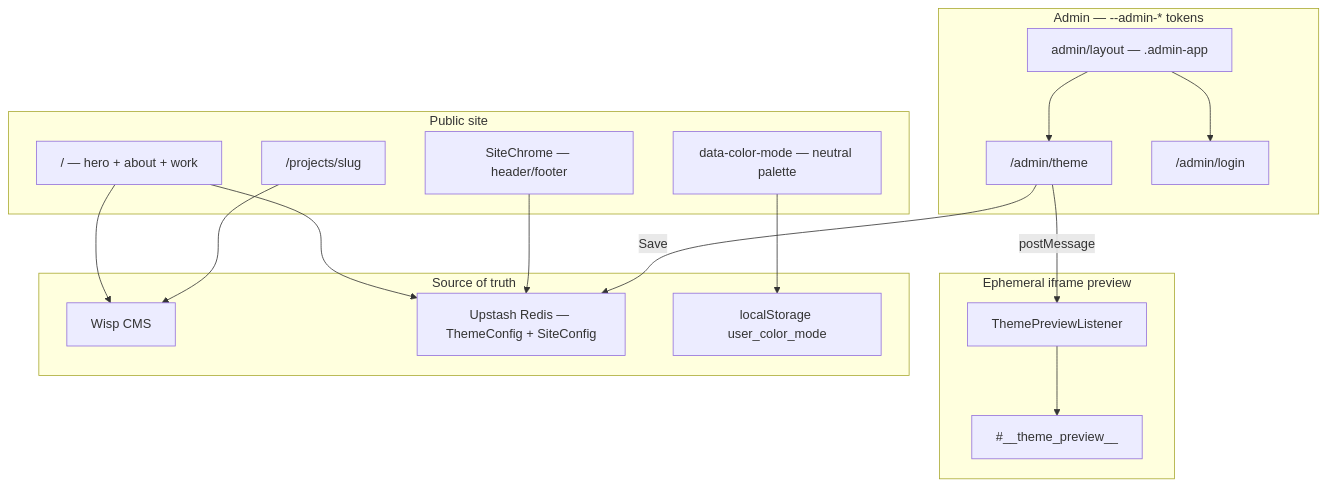
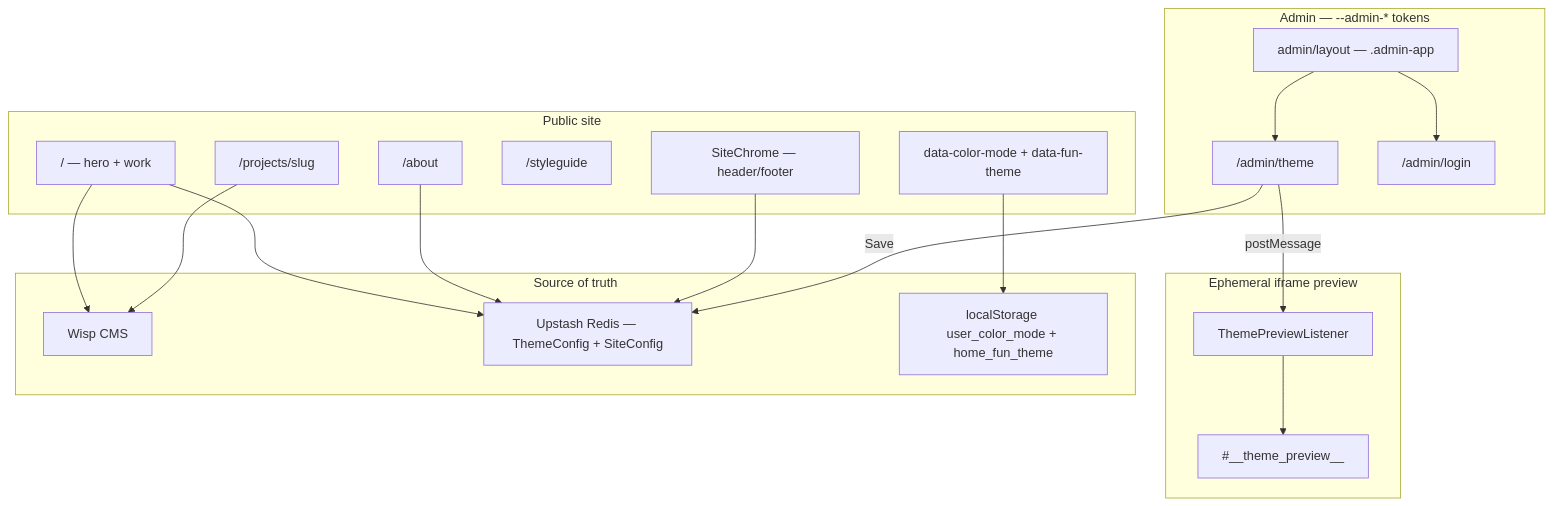
The diagram in README.md (juliasakakibara/test-wisp), drawn with Mermaid before and after one commit. The commit also changed other lines of this file and 2 other files, not shown here.

````diff
--- a/README.md
+++ b/README.md
@@ -23,37 +34,40 @@
 ```mermaid
 flowchart TB
   subgraph public [Public site]
-    Home["/ — hero + about + work"]
+    Home["/ — hero + work"]
+    About["/about"]
     Project["/projects/slug"]
+    Styleguide["/styleguide"]
     SiteChrome["SiteChrome — header/footer"]
-    ColorMode["data-color-mode — neutral palette"]
+    ColorMode["data-color-mode + data-fun-theme"]
   end
 
   subgraph admin [Admin — --admin-* tokens]
     AdminApp["admin/layout — .admin-app"]
     ThemeEditor["/admin/theme"]
     Login["/admin/login"]
   end
 
   subgraph preview [Ephemeral iframe preview]
     Listener["ThemePreviewListener"]
     StyleTag["#__theme_preview__"]
   end
 
   subgraph persist [Source of truth]
     Wisp["Wisp CMS"]
     Redis["Upstash Redis — ThemeConfig + SiteConfig"]
-    LS["localStorage user_color_mode"]
+    LS["localStorage user_color_mode + home_fun_theme"]
   end
 
   Home --> Wisp
   Home --> Redis
+  About --> Redis
   Project --> Wisp
   SiteChrome --> Redis
   ColorMode --> LS
   ThemeEditor -->|Save| Redis
   ThemeEditor -->|postMessage| Listener
   Listener --> StyleTag
   AdminApp --> ThemeEditor
   AdminApp --> Login
 ```
````
